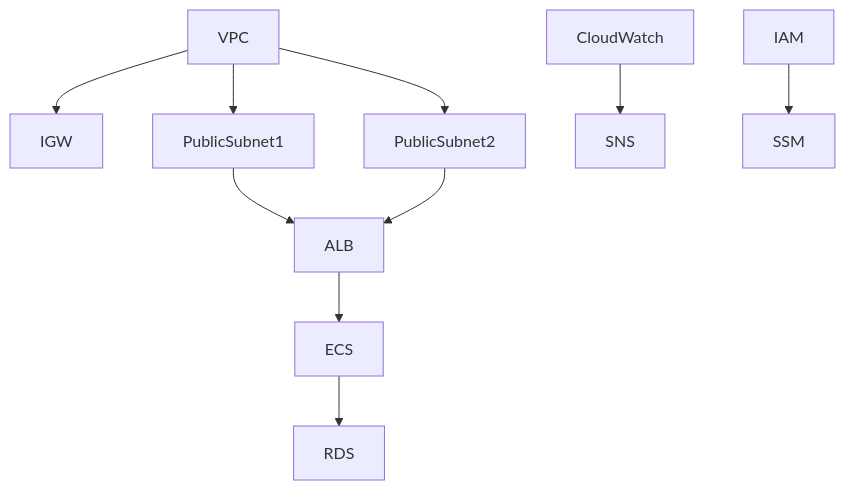
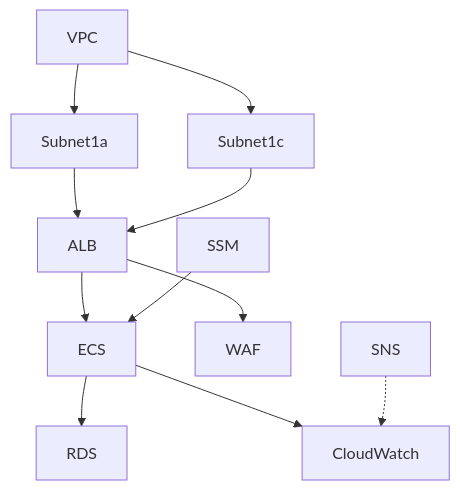
The diagram in README.md (Hasegawa-git/Portfolio-2), drawn with Mermaid before and after one commit. The commit also changed other lines of this file, not shown here.

````diff
--- a/README.md
+++ b/README.md
@@ -25,12 +45,13 @@
 ```mermaid
 graph TD
-  VPC --> IGW
-  VPC --> PublicSubnet1
-  VPC --> PublicSubnet2
-  PublicSubnet1 --> ALB
-  PublicSubnet2 --> ALB
+  VPC --> Subnet1a
+  VPC --> Subnet1c
+  Subnet1a --> ALB
+  Subnet1c --> ALB
   ALB --> ECS
   ECS --> RDS
-  CloudWatch --> SNS
-  IAM --> SSM
+  ECS --> CloudWatch
+  ALB --> WAF
+  SNS -.-> CloudWatch
+  SSM --> ECS
 ```
````
